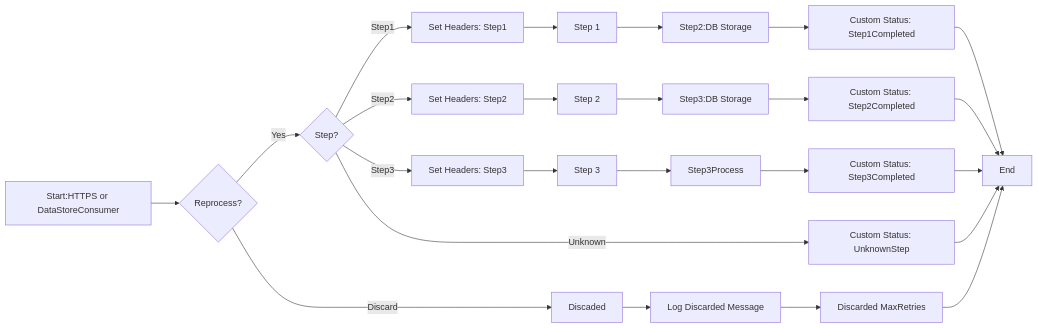
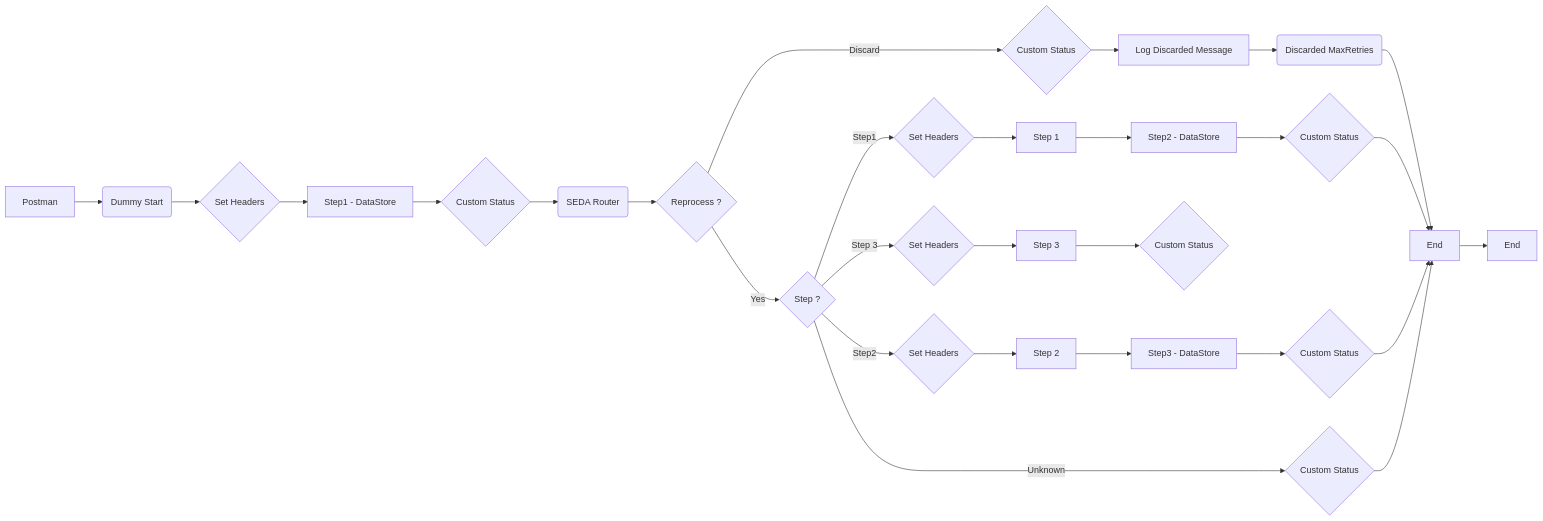
One commit to Avvale-IA-CICD/AvvaleCPI changed the diagram in MMZ - Templates/SEDA_Model_-_Single_DS_-_Restart_and_Discard-1.0.0/readme.md. Above: the diagram before and after it, drawn with Mermaid. The commit also changed other lines of this file, not shown here.

Commit message:
Add/update documentation for SEDA_Model_-_Single_DS_-_Restart_and_Discard v1.0.0

````diff
--- a/MMZ - Templates/SEDA_Model_-_Single_DS_-_Restart_and_Discard-1.0.0/readme.md
+++ b/MMZ - Templates/SEDA_Model_-_Single_DS_-_Restart_and_Discard-1.0.0/readme.md
@@ -4,27 +4,30 @@
 ```mermaid
 graph LR
-    A[Start:HTTPS or DataStoreConsumer] --> B{Reprocess?}
-    B -- Yes --> C{Step?}
-    B -- Discard --> D[Discaded]
-    C -- Step1 --> E[Set Headers: Step1]
-    C -- Step2 --> F[Set Headers: Step2]
-    C -- Step3 --> G[Set Headers: Step3]
-    C -- Unknown --> H[Custom Status: UnknownStep]
-    D --> I[Log Discarded Message]
-    E --> J[Step 1]
-    F --> K[Step 2]
-    G --> L[Step 3]
-    J --> M[Step2:DB Storage]
-    K --> N[Step3:DB Storage]
-    L --> O[Step3Process]
-    M --> P[Custom Status: Step1Completed]
-    N --> Q[Custom Status: Step2Completed]
-    O --> R[Custom Status: Step3Completed]
-    I --> S[Discarded MaxRetries]
-    P --> T[End]
-    Q --> T
-    R --> T
-    H --> T
-    S --> T
-    
+    A[Postman] --> B(Dummy Start)
+    B --> C{Set Headers}
+    C --> D[Step1 - DataStore]
+    D --> E{Custom Status}
+    E --> F(SEDA Router)
+    F --> G{Reprocess ?}
+    G -- Yes --> H{Step ?}
+    H -- Step1 --> I{Set Headers}
+    H -- Step2 --> J{Set Headers}
+    H -- Step 3 --> K{Set Headers}
+    H -- Unknown --> L{Custom Status}
+    I --> M[Step 1]
+    J --> N[Step 2]
+    K --> O[Step 3]
+    M --> P[Step2 - DataStore]
+    N --> Q[Step3 - DataStore]
+    O --> R{Custom Status}
+    P --> S{Custom Status}
+    Q --> T{Custom Status}
+    G -- Discard --> U{Custom Status}
+    U --> V[Log Discarded Message]
+    V --> W(Discarded MaxRetries)
+    W --> X[End]
+    S --> X
+    T --> X
+    L --> X
+    X --> Y[End]
 ```
````
